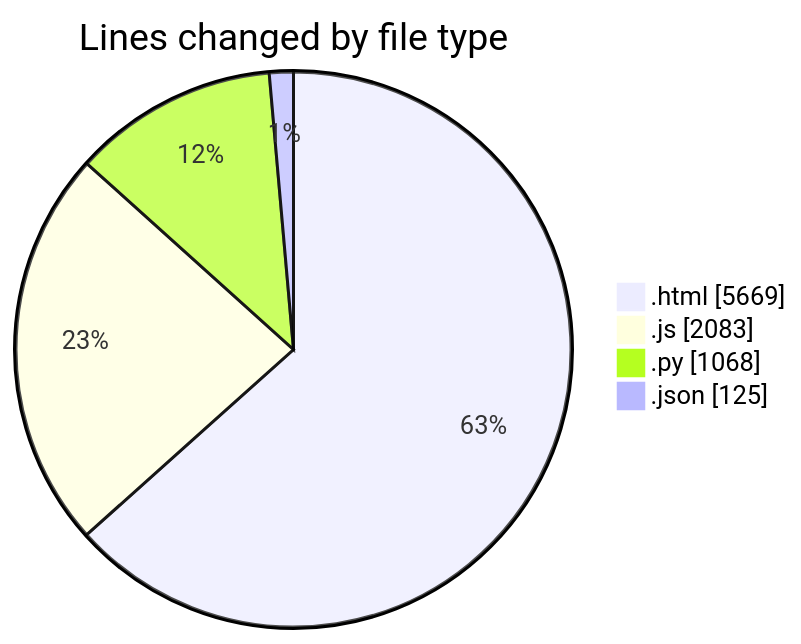
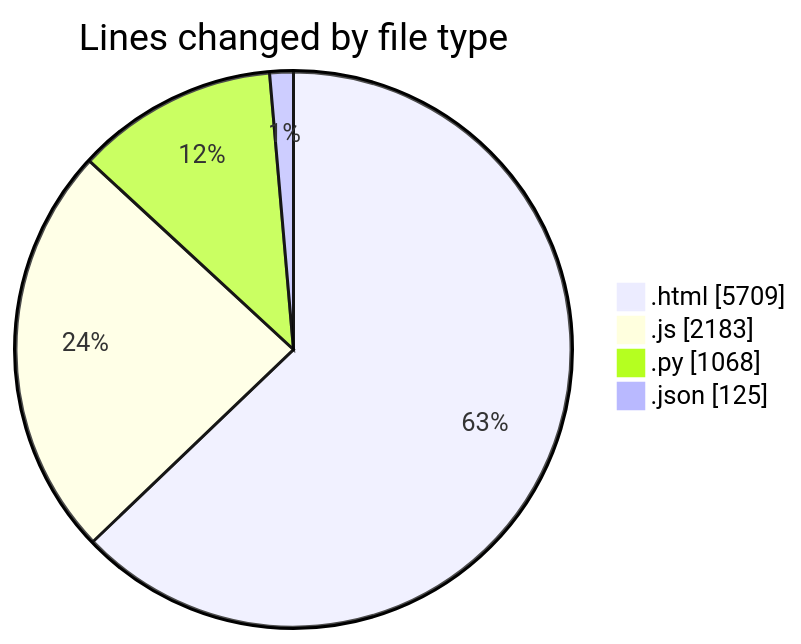
The first of 2 diagrams in 2026-07-15/shibass-ai/README.md (shibass792/code-tracking), drawn with Mermaid before and after one commit. The commit also changed other lines of this file and 1 other file, not shown here.

````diff
--- a/2026-07-15/shibass-ai/README.md
+++ b/2026-07-15/shibass-ai/README.md
@@ -30,8 +30,8 @@
 ```mermaid
 pie showData
 title Lines changed by file type
-".html" : 5669
-".js" : 2083
+".html" : 5709
+".js" : 2183
 ".py" : 1068
 ".json" : 125
 ```
````
